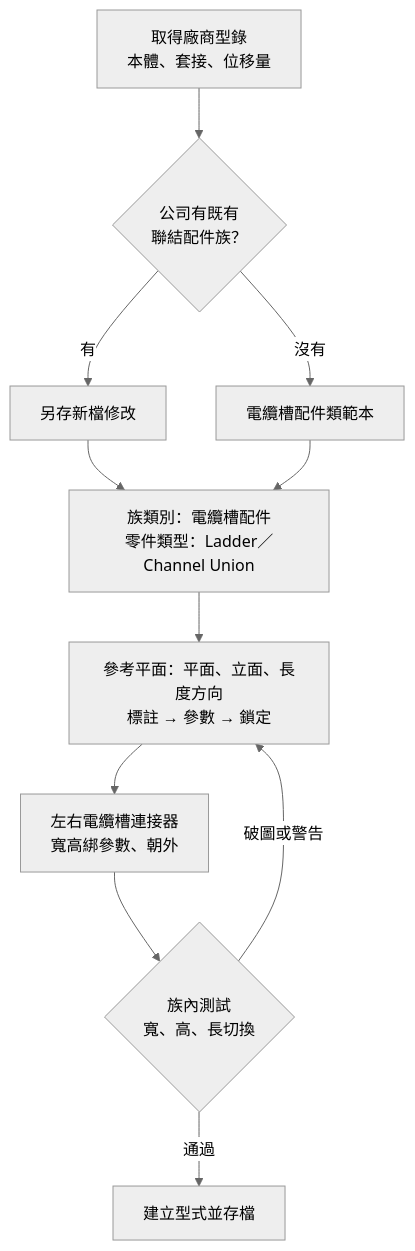
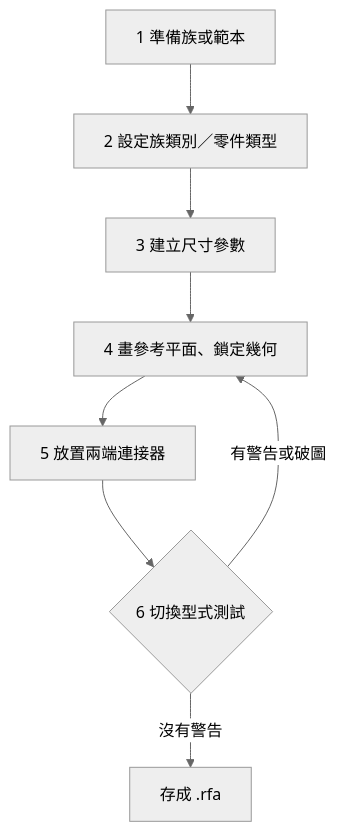
One commit to rita112025-cpu/ct-expansion-guide changed the first of 2 diagrams in README.md. Above: the diagram before and after it, drawn with Mermaid (neutral theme). The commit also changed other lines of this file and 1 other file, not shown here.

````diff
--- a/README.md
+++ b/README.md
@@ -50,13 +51,10 @@
 ```mermaid
 flowchart TD
-  A["取得廠商型錄<br>本體、套接、位移量"] --> B{"公司有既有<br>聯結配件族？"}
-  B -->|有| C["另存新檔修改"]
-  B -->|沒有| D["電纜槽配件類範本"]
-  C --> E["族類別：電纜槽配件<br>零件類型：Ladder／Channel Union"]
-  D --> E
-  E --> F["參考平面：平面、立面、長度方向<br>標註 → 參數 → 鎖定"]
-  F --> G["左右電纜槽連接器<br>寬高綁參數、朝外"]
-  G --> H{"族內測試<br>寬、高、長切換"}
-  H -->|破圖或警告| F
-  H -->|通過| I["建立型式並存檔"]
+  A["1 準備族或範本"] --> B["2 設定族類別／零件類型"]
+  B --> C["3 建立尺寸參數"]
+  C --> D["4 畫參考平面、鎖定幾何"]
+  D --> E["5 放置兩端連接器"]
+  E --> F{"6 切換型式測試"}
+  F -->|有警告或破圖| D
+  F -->|沒有警告| G["存成 .rfa"]
 ```
````
